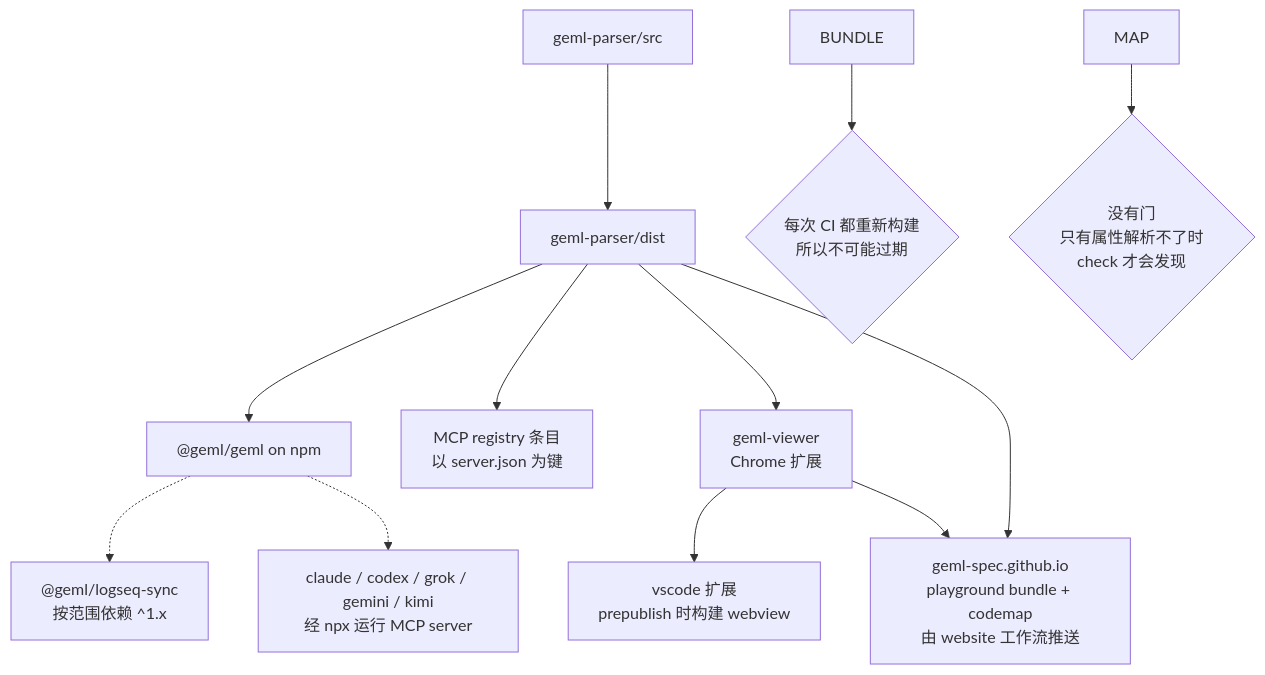
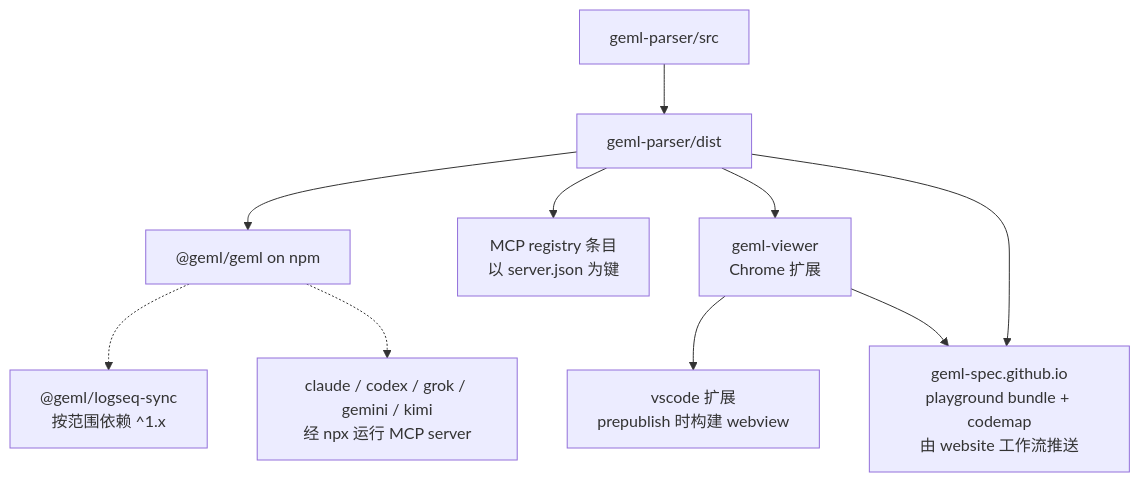
One commit to geml-spec/geml changed the diagram in docs/PUBLISHING_CN.md. Above: the diagram before and after it, drawn with Mermaid. The commit also changed other lines of this file and 57 other files, not shown here.

````diff
--- a/docs/PUBLISHING_CN.md
+++ b/docs/PUBLISHING_CN.md
@@ -22,17 +24,14 @@
 ```mermaid
 flowchart TD
   SRC["geml-parser/src"] --> DIST["geml-parser/dist"]
 
   DIST --> NPM["@geml/geml on npm"]
   DIST --> MCP["MCP registry 条目<br/>以 server.json 为键"]
   DIST --> VIEWER["geml-viewer<br/>Chrome 扩展"]
   DIST --> SITE["geml-spec.github.io<br/>playground bundle + codemap<br/>由 website 工作流推送"]
   VIEWER --> VSCODE["vscode 扩展<br/>prepublish 时构建 webview"]
   VIEWER --> SITE
 
   NPM -.-> LOGSEQ["@geml/logseq-sync<br/>按范围依赖 ^1.x"]
   NPM -.-> PLUGINS["claude / codex / grok / gemini / kimi<br/>经 npx 运行 MCP server"]
-
-  BUNDLE --> G1{"每次 CI 都重新构建<br/>所以不可能过期"}
-  MAP --> G2{"没有门<br/>只有属性解析不了时<br/>check 才会发现"}
 ```
````
